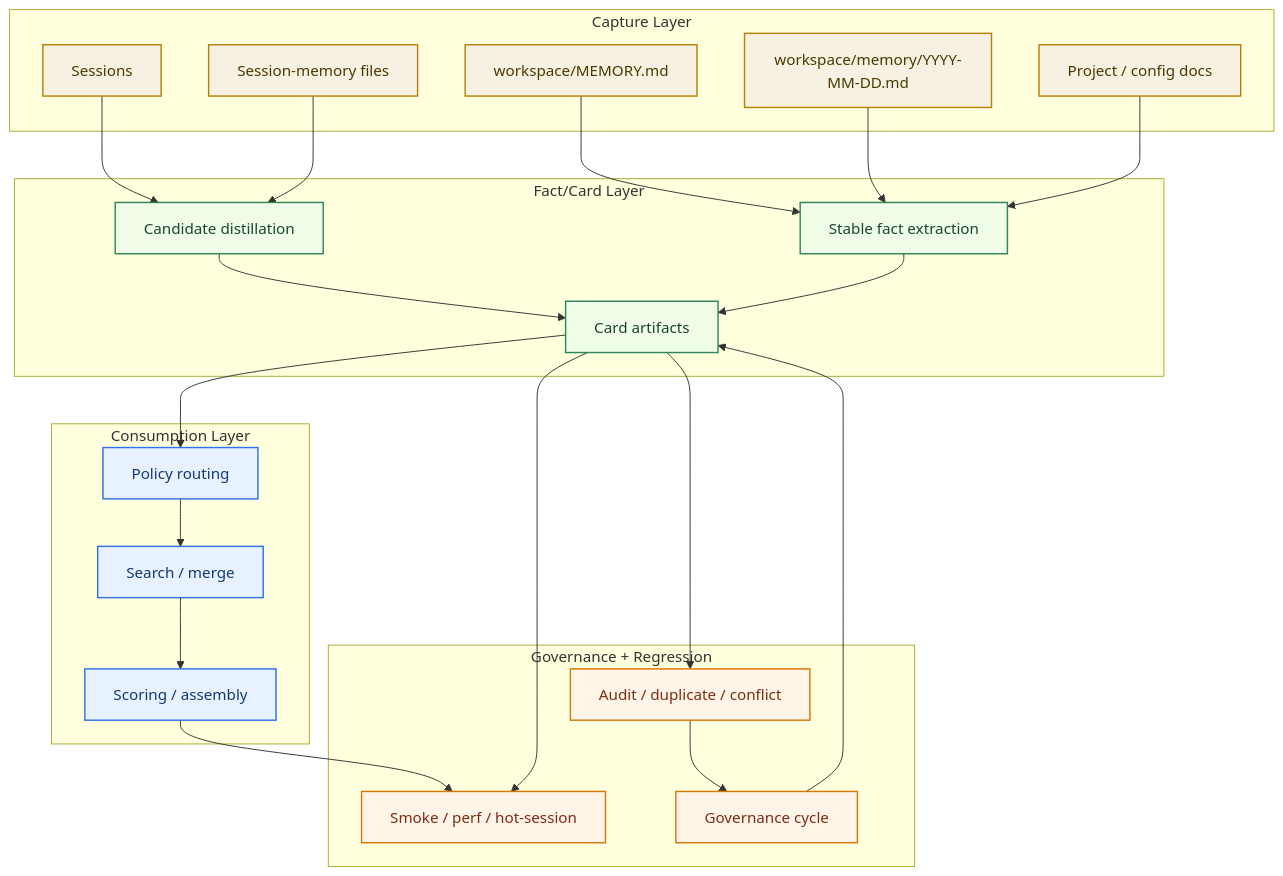
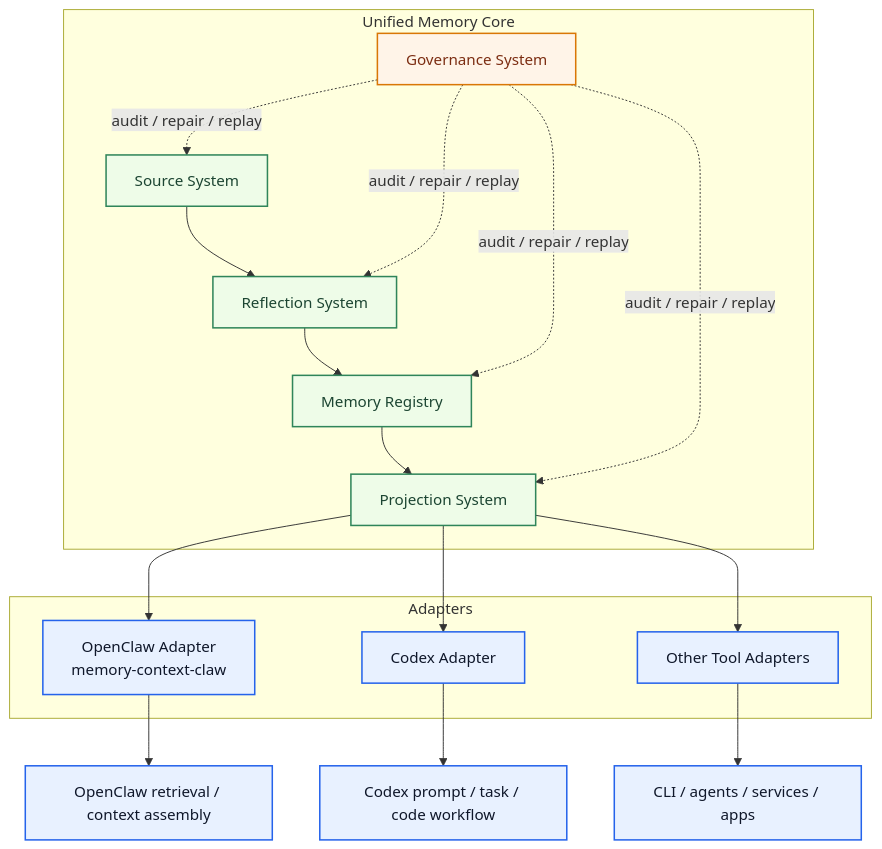
One commit to redcreen/memory-context-claw changed the seventh of 12 diagrams in system-architecture.md. Above: the diagram before and after it, drawn with Mermaid. The commit also changed other lines of this file and 5 other files, not shown here.

Commit message:
Refresh top-level architecture docs

````diff
--- a/system-architecture.md
+++ b/system-architecture.md
@@ -185,53 +356,37 @@
 ```mermaid
 flowchart TB
-    subgraph L1["Capture Layer"]
-        A1["Sessions"]
-        A2["Session-memory files"]
-        A3["workspace/MEMORY.md"]
-        A4["workspace/memory/YYYY-MM-DD.md"]
-        A5["Project / config docs"]
+    subgraph CORE["Unified Memory Core"]
+        S["Source System"]
+        R["Reflection System"]
+        M["Memory Registry"]
+        P["Projection System"]
+        G["Governance System"]
+
+        S --> R --> M --> P
+        G -. audit / repair / replay .-> S
+        G -. audit / repair / replay .-> R
+        G -. audit / repair / replay .-> M
+        G -. audit / repair / replay .-> P
     end
 
-    subgraph L2["Fact/Card Layer"]
-        B1["Candidate distillation"]
-        B2["Stable fact extraction"]
-        B3["Card artifacts"]
+    subgraph ADAPTERS["Adapters"]
+        OA["OpenClaw Adapter\nmemory-context-claw"]
+        CA["Codex Adapter"]
+        TA["Other Tool Adapters"]
     end
 
-    subgraph L3["Consumption Layer"]
-        C1["Policy routing"]
-        C2["Search / merge"]
-        C3["Scoring / assembly"]
-    end
+    P --> OA
+    P --> CA
+    P --> TA
 
-    subgraph L4["Governance + Regression"]
-        D1["Smoke / perf / hot-session"]
-        D2["Audit / duplicate / conflict"]
-        D3["Governance cycle"]
-    end
+    OA --> O1["OpenClaw retrieval / context assembly"]
+    CA --> C1["Codex prompt / task / code workflow"]
+    TA --> T1["CLI / agents / services / apps"]
 
-    A1 --> B1
-    A2 --> B1
-    A3 --> B2
-    A4 --> B2
-    A5 --> B2
-    B1 --> B3
-    B2 --> B3
-    B3 --> C1
-    C1 --> C2
-    C2 --> C3
-    B3 --> D1
-    B3 --> D2
-    C3 --> D1
-    D2 --> D3
-    D3 --> B3
-
-    classDef capture fill:#f7f1e3,stroke:#b58105,color:#4a3a00,stroke-width:1.5px;
-    classDef fact fill:#eefce8,stroke:#2f855a,color:#1c4532,stroke-width:1.5px;
-    classDef consume fill:#e8f1ff,stroke:#2f6feb,color:#123a73,stroke-width:1.5px;
-    classDef govern fill:#fff4e8,stroke:#d97706,color:#7c2d12,stroke-width:1.5px;
-    class A1,A2,A3,A4,A5 capture;
-    class B1,B2,B3 fact;
-    class C1,C2,C3 consume;
-    class D1,D2,D3 govern;
+    classDef core fill:#eefce8,stroke:#2f855a,color:#1c4532,stroke-width:1.6px;
+    classDef adapter fill:#e8f1ff,stroke:#2563eb,color:#0f172a,stroke-width:1.6px;
+    classDef ops fill:#fff4e8,stroke:#d97706,color:#7c2d12,stroke-width:1.6px;
+    class S,R,M,P core;
+    class OA,CA,TA,O1,C1,T1 adapter;
+    class G ops;
 ```
````
